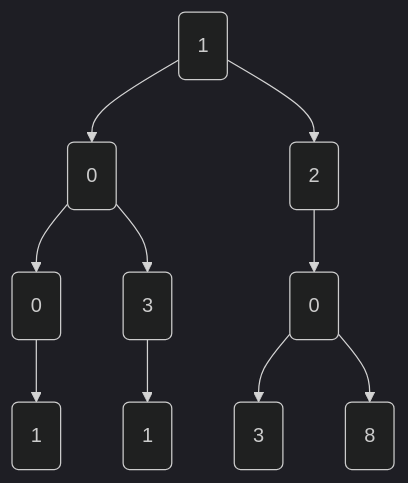
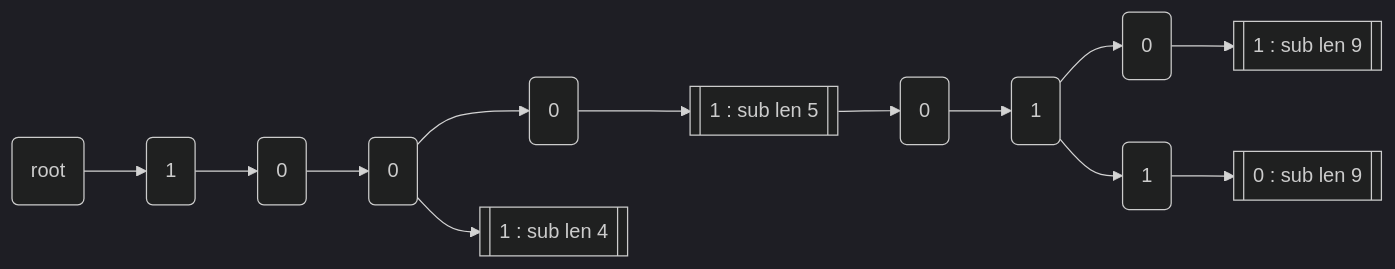
The third of 4 diagrams in doc/notes.md (Quicr/new-qmsg), drawn with Mermaid (dark theme) before and after one commit. The commit also changed other lines of this file, not shown here.

Commit message:
Architecture notes update

````diff
--- a/doc/notes.md
+++ b/doc/notes.md
@@ -85,20 +167,20 @@
 ```mermaid
-graph TD;
-
-  %% 1001
-  root_1(1) --> 2_a_0(0)
-  2_a_0 --> 3_a_0(0)
-  3_a_0 --> 4_a_1(1)
-
-  %% 1031
-  2_a_0 --> 3_c_3(3)
-  3_c_3 --> 4_c_1(1)
-
-  %% 1203
-  root_1 --> 2_b_2(2)
-  2_b_2 --> 3_b_0(0)
-  3_b_0 --> 4_b_3(3)
-
-  %% 1208
-  3_b_0 --> 4_d_8(8)
+graph LR;
+    root(root) --> bit_l1_1(1)    
+    bit_l1_1 --> bit_l2_0(0)
+    bit_l2_0 --> bit_l3_0(0)
+    bit_l3_0 --> bit_l4_0(0)
+    
+    bit_l3_0 --> bit_l4_1[[1 : sub len 4]]
+    
+    bit_l4_0 --> bit_l5_1[[1 : sub len 5]]
+    
+    bit_l5_1 --> bit_l6_0(0)
+    bit_l6_0 --> bit_l7_1(1)
+    
+    bit_l7_1 --> bit_l8_0(0)    
+    bit_l8_0 --> bit_l9_1[[1 : sub len 9]]
+    
+    bit_l7_1 --> bit_l8_1(1)
+    bit_l8_1 --> bit_l9_0[[ 0 : sub len 9]]
 ```
````
